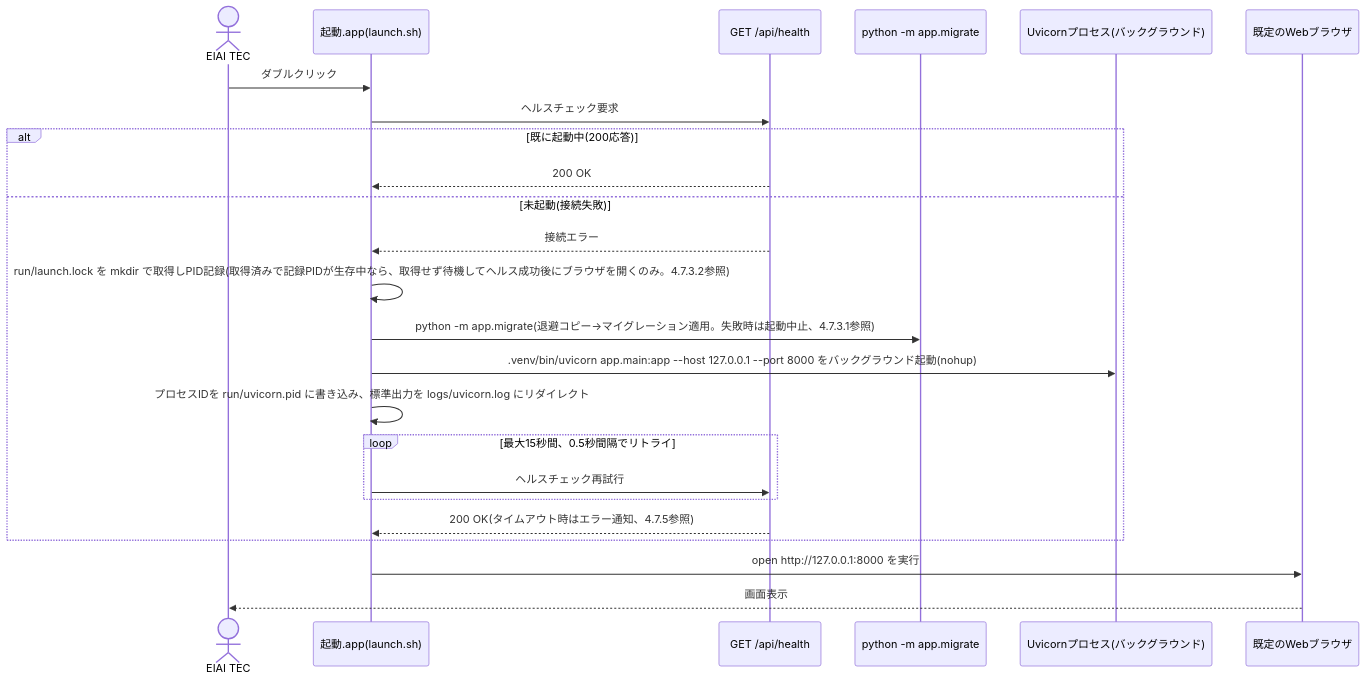
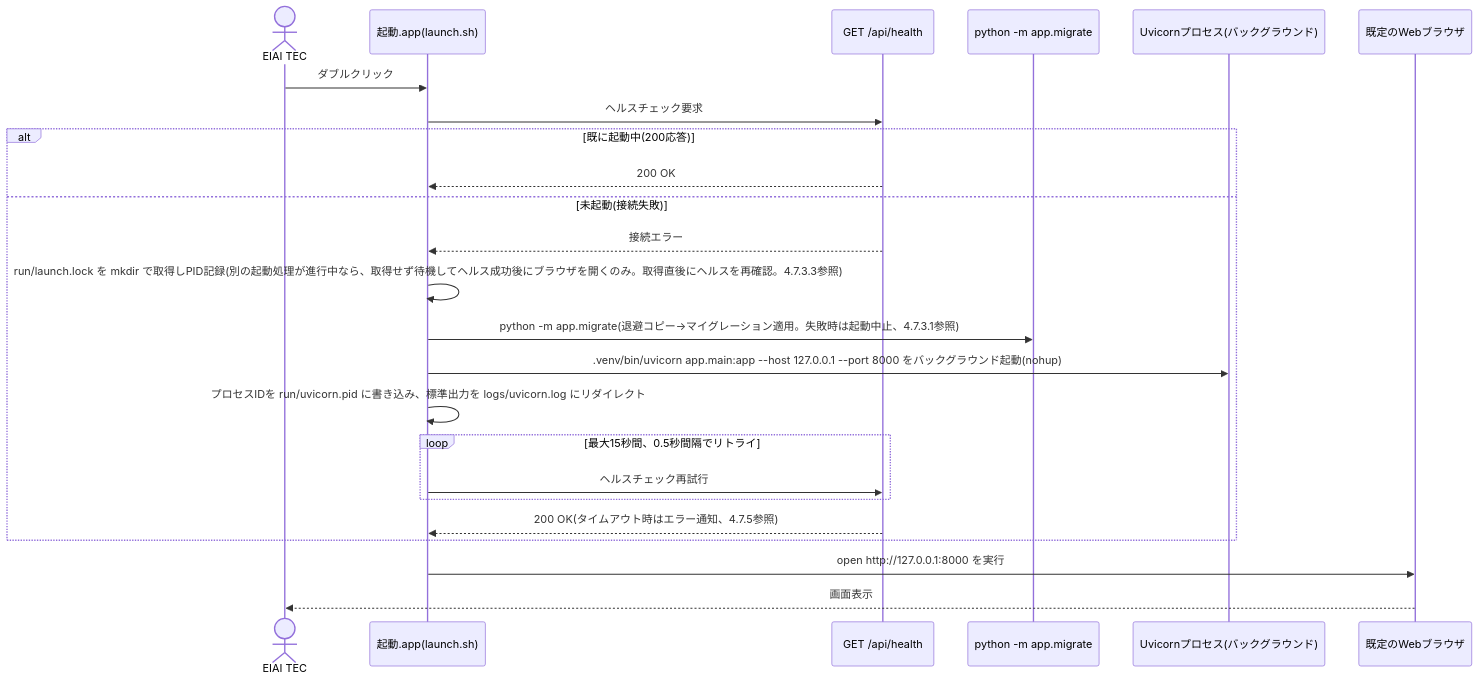
Before and after one commit to eiai00000001-cell/back-office: the second of 10 diagrams in docs/02_architect/詳細設計書.md, drawn with Mermaid. The commit also changed other lines of this file and 27 other files, not shown here.

````diff
--- a/docs/02_architect/詳細設計書.md
+++ b/docs/02_architect/詳細設計書.md
@@ -610,27 +612,27 @@
 ```mermaid
 sequenceDiagram
     actor User as EIAI TEC
     participant App as 起動.app(launch.sh)
     participant Health as GET /api/health
     participant Migrate as python -m app.migrate
     participant Uvicorn as Uvicornプロセス(バックグラウンド)
     participant Browser as 既定のWebブラウザ
 
     User->>App: ダブルクリック
     App->>Health: ヘルスチェック要求
     alt 既に起動中(200応答)
         Health-->>App: 200 OK
     else 未起動(接続失敗)
         Health-->>App: 接続エラー
-        App->>App: run/launch.lock を mkdir で取得しPID記録(取得済みで記録PIDが生存中なら、取得せず待機してヘルス成功後にブラウザを開くのみ。4.7.3.2参照)
+        App->>App: run/launch.lock を mkdir で取得しPID記録(別の起動処理が進行中なら、取得せず待機してヘルス成功後にブラウザを開くのみ。取得直後にヘルスを再確認。4.7.3.3参照)
         App->>Migrate: python -m app.migrate(退避コピー→マイグレーション適用。失敗時は起動中止、4.7.3.1参照)
         App->>Uvicorn: .venv/bin/uvicorn app.main:app --host 127.0.0.1 --port 8000 をバックグラウンド起動(nohup)
         App->>App: プロセスIDを run/uvicorn.pid に書き込み、標準出力を logs/uvicorn.log にリダイレクト
         loop 最大15秒間、0.5秒間隔でリトライ
             App->>Health: ヘルスチェック再試行
         end
         Health-->>App: 200 OK(タイムアウト時はエラー通知、4.7.5参照)
     end
     App->>Browser: open http://127.0.0.1:8000 を実行
     Browser-->>User: 画面表示
 ```
````
